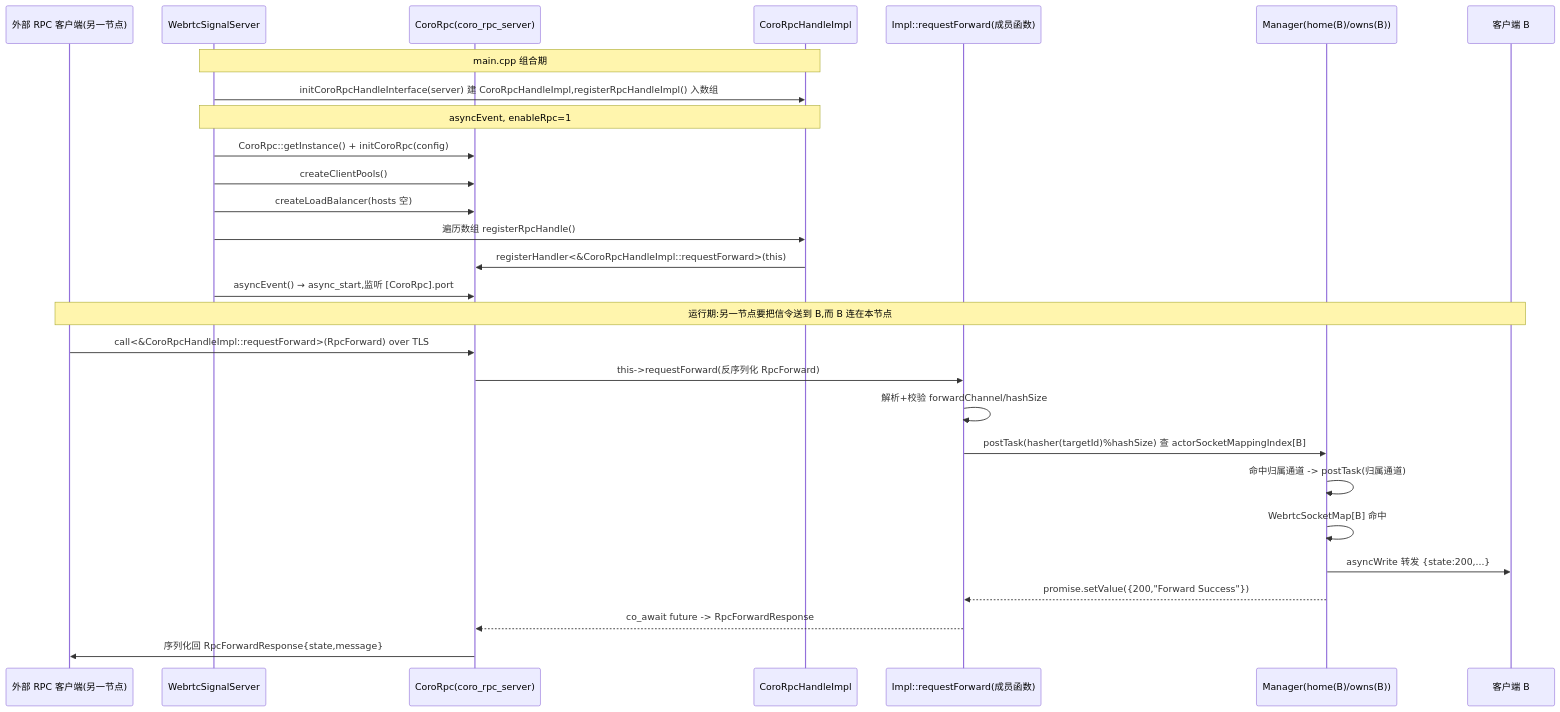
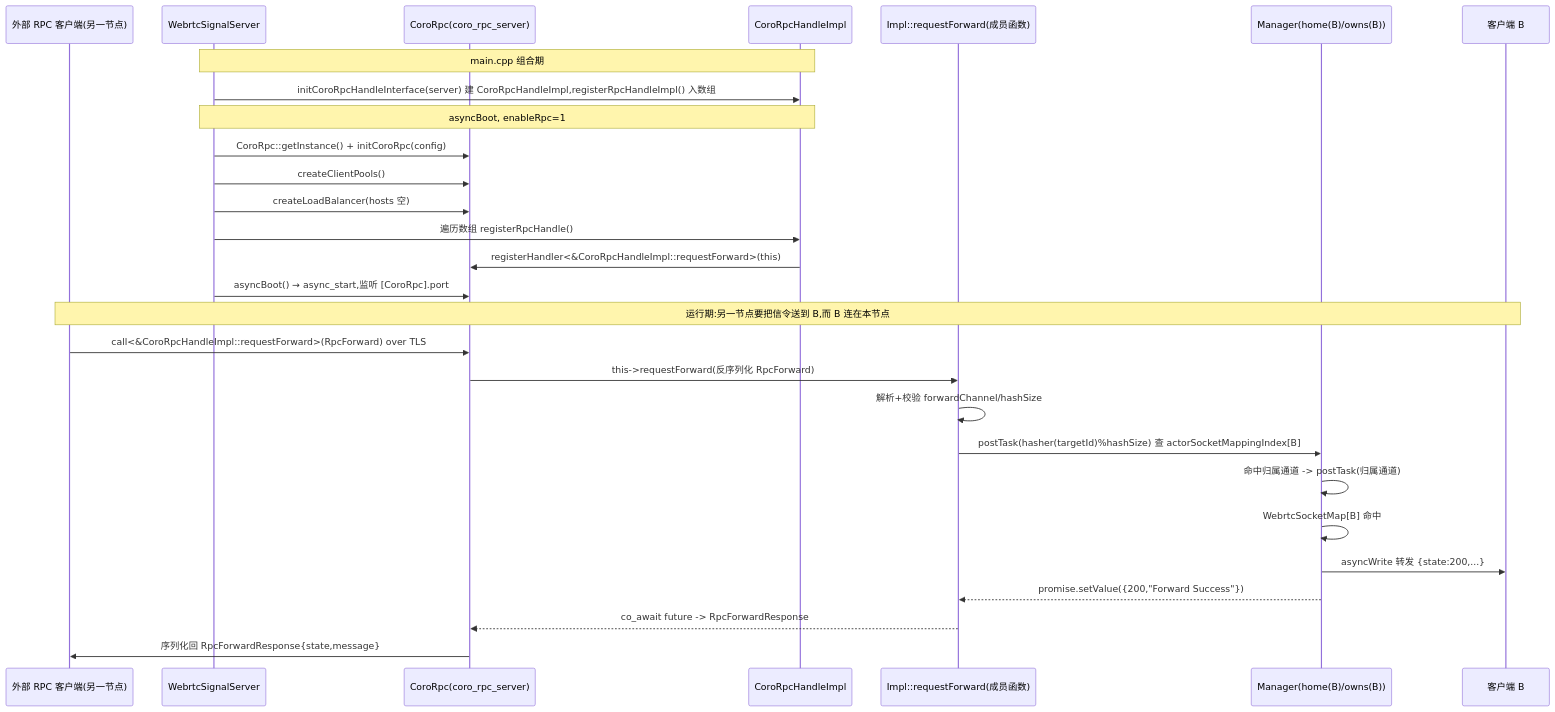
The fifth of 5 diagrams in WebrtcSignalServer.md (HopeTiga/HopeDesk), drawn with Mermaid before and after one commit. The commit also changed other lines of this file, not shown here.

````diff
--- a/WebrtcSignalServer.md
+++ b/WebrtcSignalServer.md
@@ -614,30 +614,30 @@
 ```mermaid
 sequenceDiagram
   participant Cli as 外部 RPC 客户端(另一节点)
   participant Srv as WebrtcSignalServer
   participant Rpc as CoroRpc(coro_rpc_server)
   participant Impl as CoroRpcHandleImpl
   participant Fn as Impl::requestForward(成员函数)
   participant Mb as Manager(home(B)/owns(B))
   participant B as 客户端 B
   Note over Srv,Impl: main.cpp 组合期
   Srv->>Impl: initCoroRpcHandleInterface(server) 建 CoroRpcHandleImpl,registerRpcHandleImpl() 入数组
-  Note over Srv,Impl: asyncEvent, enableRpc=1
+  Note over Srv,Impl: asyncBoot, enableRpc=1
   Srv->>Rpc: CoroRpc::getInstance() + initCoroRpc(config)
   Srv->>Rpc: createClientPools()
   Srv->>Rpc: createLoadBalancer(hosts 空)
   Srv->>Impl: 遍历数组 registerRpcHandle()
   Impl->>Rpc: registerHandler<&CoroRpcHandleImpl::requestForward>(this)
-  Srv->>Rpc: asyncEvent() → async_start,监听 [CoroRpc].port
+  Srv->>Rpc: asyncBoot() → async_start,监听 [CoroRpc].port
   Note over Cli,B: 运行期:另一节点要把信令送到 B,而 B 连在本节点
   Cli->>Rpc: call<&CoroRpcHandleImpl::requestForward>(RpcForward) over TLS
   Rpc->>Fn: this->requestForward(反序列化 RpcForward)
   Fn->>Fn: 解析+校验 forwardChannel/hashSize
   Fn->>Mb: postTask(hasher(targetId)%hashSize) 查 actorSocketMappingIndex[B]
   Mb->>Mb: 命中归属通道 -> postTask(归属通道)
   Mb->>Mb: WebrtcSocketMap[B] 命中
   Mb->>B: asyncWrite 转发 {state:200,...}
   Mb-->>Fn: promise.setValue({200,"Forward Success"})
   Fn-->>Rpc: co_await future -> RpcForwardResponse
   Rpc->>Cli: 序列化回 RpcForwardResponse{state,message}
 ```
````
